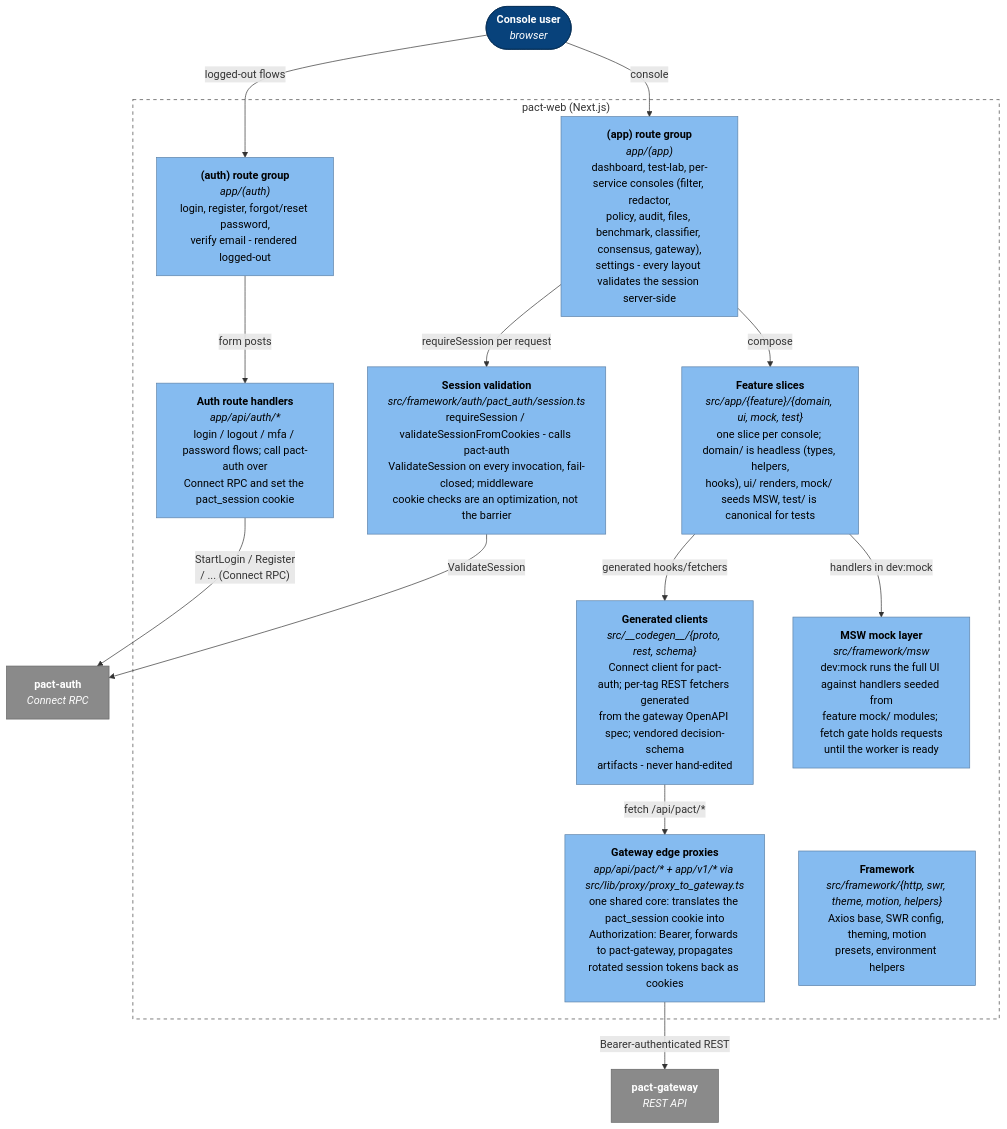
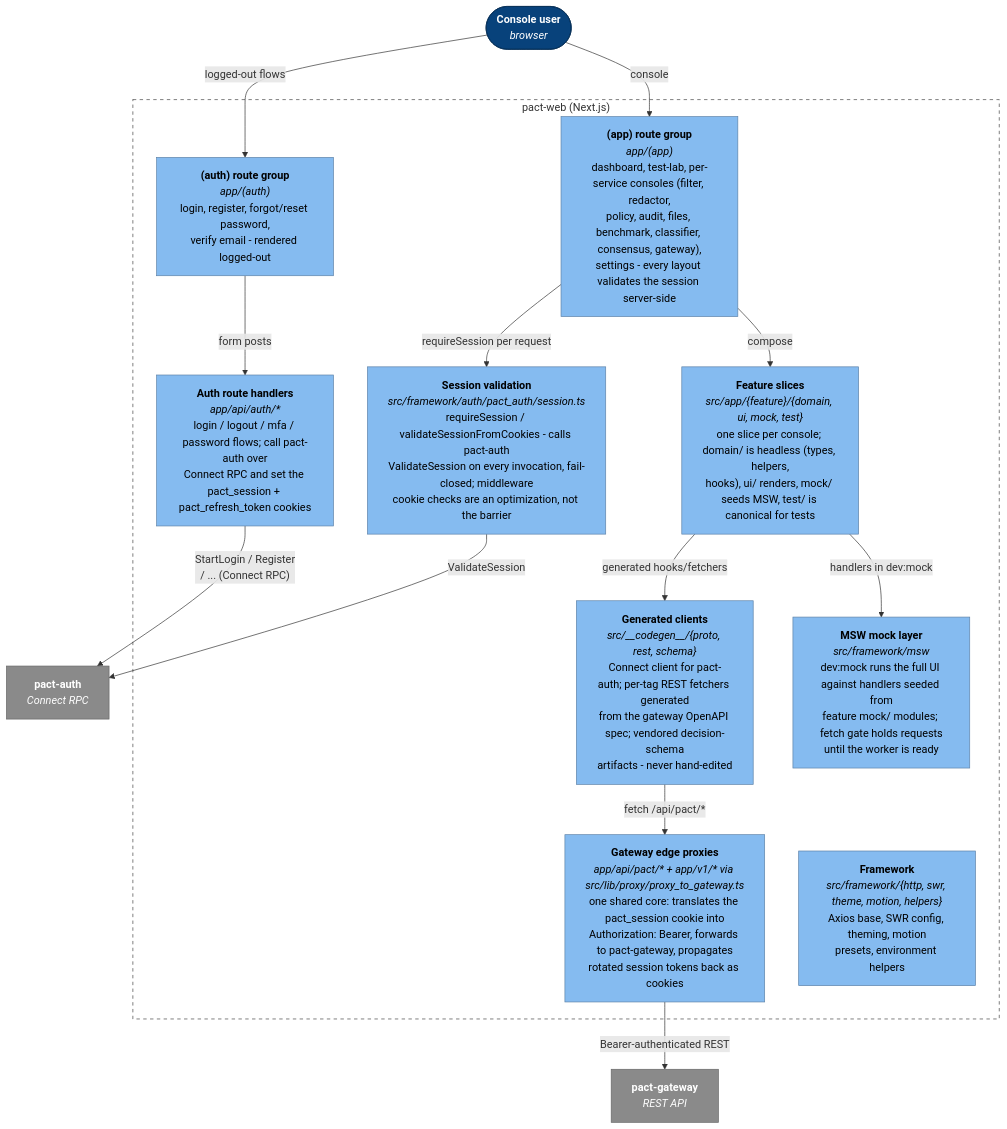
Before and after one commit to PACT-Toolkit/pact-web: the first of 11 diagrams in docs/architecture.md, drawn with Mermaid. The commit also changed other lines of this file and 21 other files, not shown here.

Commit message:
🛂 persist and rotate refresh tokens for silent session renewal (#172)

````diff
--- a/docs/architecture.md
+++ b/docs/architecture.md
@@ -8,36 +8,36 @@
 ```mermaid
 flowchart TB
     user(["<b>Console user</b><br/><i>browser</i>"]):::person
 
     subgraph web["pact-web (Next.js)"]
         authroutes["<b>(auth) route group</b><br/><i>app/(auth)</i><br/>login, register, forgot/reset password,<br/>verify email - rendered logged-out"]:::comp
         approutes["<b>(app) route group</b><br/><i>app/(app)</i><br/>dashboard, test-lab, per-service consoles (filter, redactor,<br/>policy, audit, files, benchmark, classifier, consensus, gateway),<br/>settings - every layout validates the session server-side"]:::comp
-        authapi["<b>Auth route handlers</b><br/><i>app/api/auth/*</i><br/>login / logout / mfa / password flows; call pact-auth over<br/>Connect RPC and set the pact_session cookie"]:::comp
+        authapi["<b>Auth route handlers</b><br/><i>app/api/auth/*</i><br/>login / logout / mfa / password flows; call pact-auth over<br/>Connect RPC and set the pact_session + pact_refresh_token cookies"]:::comp
         proxy["<b>Gateway edge proxies</b><br/><i>app/api/pact/* + app/v1/* via src/lib/proxy/proxy_to_gateway.ts</i><br/>one shared core: translates the pact_session cookie into<br/>Authorization: Bearer, forwards to pact-gateway, propagates<br/>rotated session tokens back as cookies"]:::comp
         session["<b>Session validation</b><br/><i>src/framework/auth/pact_auth/session.ts</i><br/>requireSession / validateSessionFromCookies - calls pact-auth<br/>ValidateSession on every invocation, fail-closed; middleware<br/>cookie checks are an optimization, not the barrier"]:::comp
         features["<b>Feature slices</b><br/><i>src/app/{feature}/{domain, ui, mock, test}</i><br/>one slice per console; domain/ is headless (types, helpers,<br/>hooks), ui/ renders, mock/ seeds MSW, test/ is canonical for tests"]:::comp
         codegen["<b>Generated clients</b><br/><i>src/__codegen__/{proto, rest, schema}</i><br/>Connect client for pact-auth; per-tag REST fetchers generated<br/>from the gateway OpenAPI spec; vendored decision-schema<br/>artifacts - never hand-edited"]:::comp
         msw["<b>MSW mock layer</b><br/><i>src/framework/msw</i><br/>dev:mock runs the full UI against handlers seeded from<br/>feature mock/ modules; fetch gate holds requests<br/>until the worker is ready"]:::comp
         fw["<b>Framework</b><br/><i>src/framework/{http, swr, theme, motion, helpers}</i><br/>Axios base, SWR config, theming, motion<br/>presets, environment helpers"]:::comp
     end
 
     gw["<b>pact-gateway</b><br/><i>REST API</i>"]:::ext
     auth["<b>pact-auth</b><br/><i>Connect RPC</i>"]:::ext
 
     user -->|logged-out flows| authroutes
     user -->|console| approutes
     authroutes -->|form posts| authapi
     authapi -->|"StartLogin / Register<br/>/ ... (Connect RPC)"| auth
     approutes -->|requireSession per request| session
     session -->|ValidateSession| auth
     approutes -->|compose| features
     features -->|generated hooks/fetchers| codegen
     codegen -->|fetch /api/pact/*| proxy
     proxy -->|Bearer-authenticated REST| gw
     features -->|handlers in dev:mock| msw
 
     classDef person fill:#08427b,stroke:#052e56,color:#ffffff
     classDef comp fill:#85bbf0,stroke:#5d82a8,color:#000000
     classDef ext fill:#8a8a8a,stroke:#666666,color:#ffffff
     style web fill:none,stroke:#444444,stroke-dasharray:5 5
 ```
````
